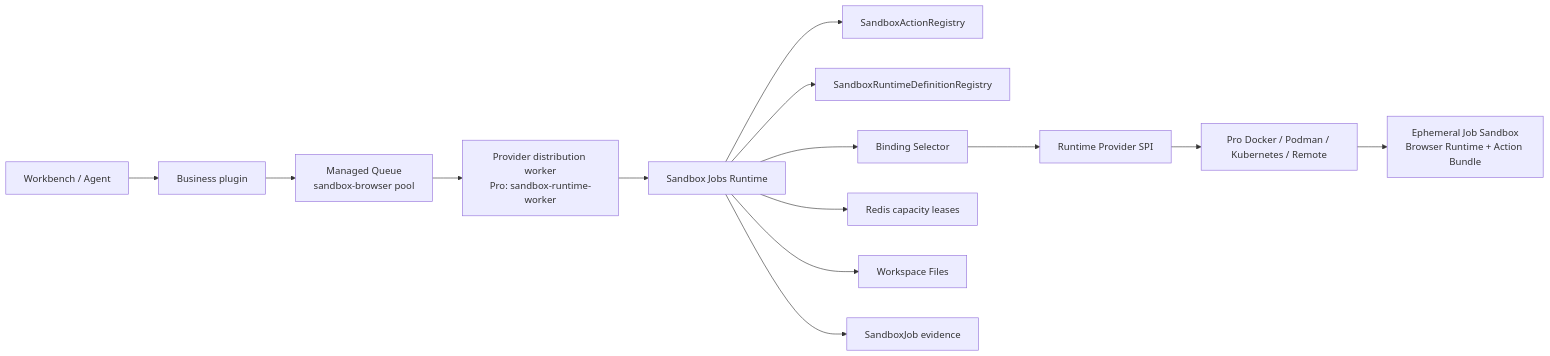
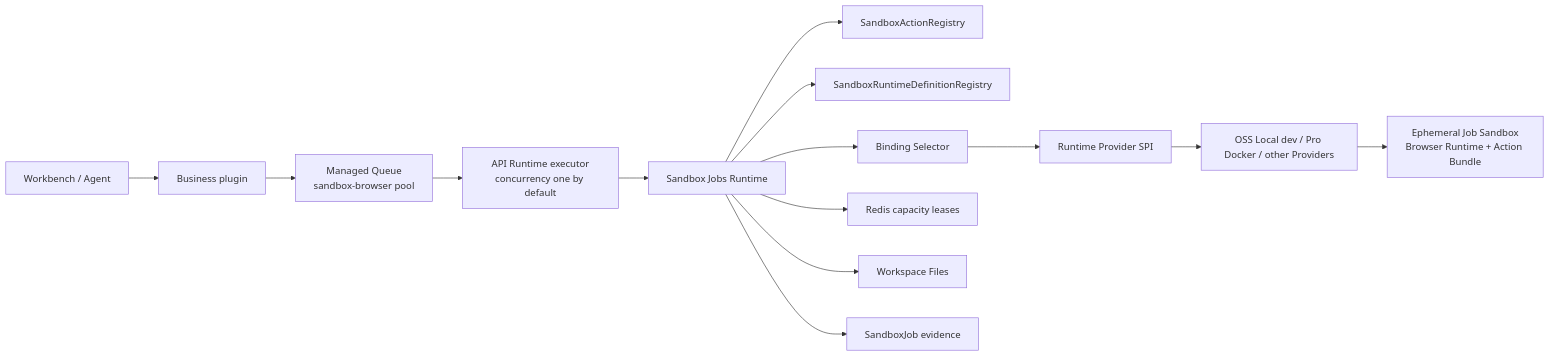
One commit to xpert-ai/xpert changed the diagram in docs/en/guides/sandbox-jobs-architecture.mdx. Above: the diagram before and after it, drawn with Mermaid. The commit also changed other lines of this file and 26 other files, not shown here.

Commit message:
feat: sandbox runtime local provider

````diff
--- a/docs/en/guides/sandbox-jobs-architecture.mdx
+++ b/docs/en/guides/sandbox-jobs-architecture.mdx
@@ -27,16 +27,16 @@
 ```mermaid
 flowchart LR
     C["Workbench / Agent"] --> P["Business plugin"]
     P --> Q["Managed Queue<br/>sandbox-browser pool"]
-    Q --> W["Provider distribution worker<br/>Pro: sandbox-runtime-worker"]
+    Q --> W["API Runtime executor<br/>concurrency one by default"]
     W --> J["Sandbox Jobs Runtime"]
     J --> A["SandboxActionRegistry"]
     J --> R["SandboxRuntimeDefinitionRegistry"]
     J --> B["Binding Selector"]
     J --> L["Redis capacity leases"]
     B --> D["Runtime Provider SPI"]
-    D --> PR["Pro Docker / Podman / Kubernetes / Remote"]
+    D --> PR["OSS Local dev / Pro Docker / other Providers"]
     PR --> S["Ephemeral Job Sandbox<br/>Browser Runtime + Action Bundle"]
     J --> F["Workspace Files"]
     J --> E["SandboxJob evidence"]
 ```
````
